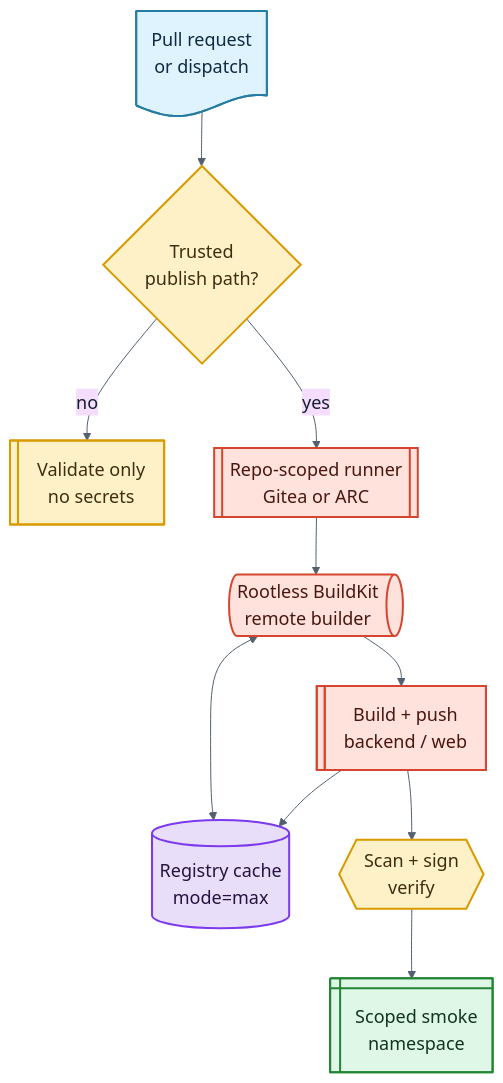
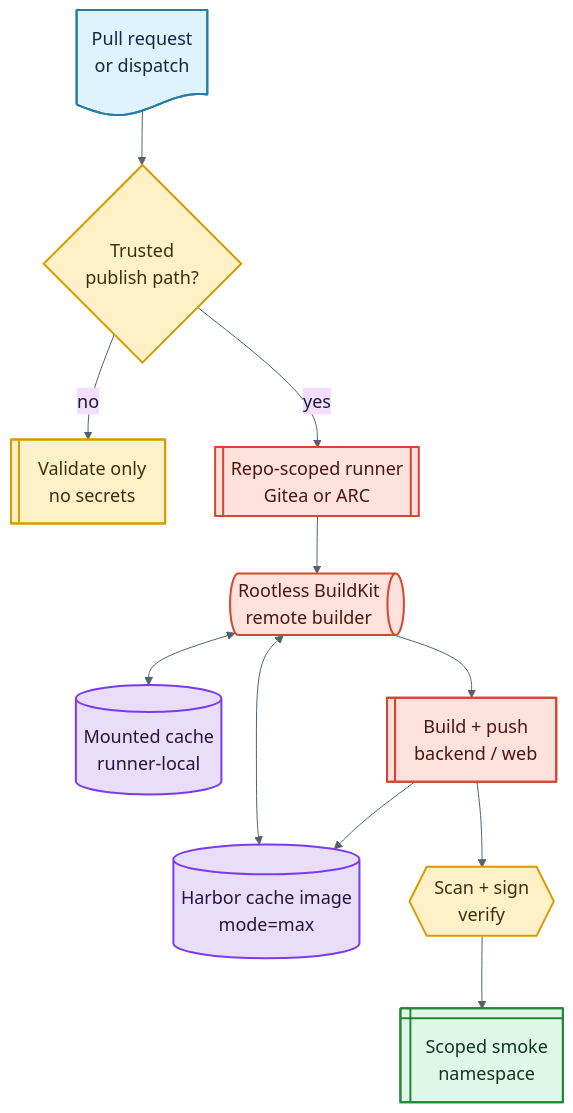
The diagram in docs/runner-options.md (cazlo/supply-chain-as-a-service), drawn with Mermaid before and after one commit. The commit also changed other lines of this file and 1 other file, not shown here.

Commit message:
docs: capture runner cache architecture

````diff
--- a/docs/runner-options.md
+++ b/docs/runner-options.md
@@ -21,30 +23,32 @@
 ```mermaid
 %%{init: {"theme": "base", "themeVariables": {"fontSize": "18px", "fontFamily": "Inter, ui-sans-serif, system-ui", "primaryTextColor": "#17212b", "lineColor": "#53616f"}} }%%
 flowchart TB
   pr@{ shape: doc, label: "Pull request<br/>or dispatch" }
   gate@{ shape: diam, label: "Trusted<br/>publish path?" }
   validate@{ shape: lin-rect, label: "Validate only<br/>no secrets" }
   runner@{ shape: fr-rect, label: "Repo-scoped runner<br/>Gitea or ARC" }
   buildkit@{ shape: h-cyl, label: "Rootless BuildKit<br/>remote builder" }
-  cache@{ shape: cyl, label: "Registry cache<br/>mode=max" }
+  localcache@{ shape: cyl, label: "Mounted cache<br/>runner-local" }
+  cache@{ shape: cyl, label: "Harbor cache image<br/>mode=max" }
   publish@{ shape: lin-rect, label: "Build + push<br/>backend / web" }
   sign@{ shape: hex, label: "Scan + sign<br/>verify" }
   smoke@{ shape: win-pane, label: "Scoped smoke<br/>namespace" }
 
   pr --> gate
   gate -- no --> validate
   gate -- yes --> runner --> buildkit --> publish --> sign --> smoke
+  buildkit <--> localcache
   buildkit <--> cache
   publish --> cache
 
   classDef source fill:#dff3ff,stroke:#277da1,stroke-width:2px,color:#102a43,font-size:18px
   classDef policy fill:#fff1c7,stroke:#d99a00,stroke-width:2px,color:#3b2f12,font-size:18px
   classDef build fill:#ffe2dc,stroke:#d6452f,stroke-width:2px,color:#4a1710,font-size:18px
   classDef registry fill:#e9defa,stroke:#7c3aed,stroke-width:2px,color:#27133f,font-size:18px
   classDef deploy fill:#dff7e7,stroke:#238636,stroke-width:2px,color:#12351f,font-size:18px
   class pr source
   class gate,validate,sign policy
   class runner,buildkit,publish build
-  class cache registry
+  class localcache,cache registry
   class smoke deploy
 ```
````
